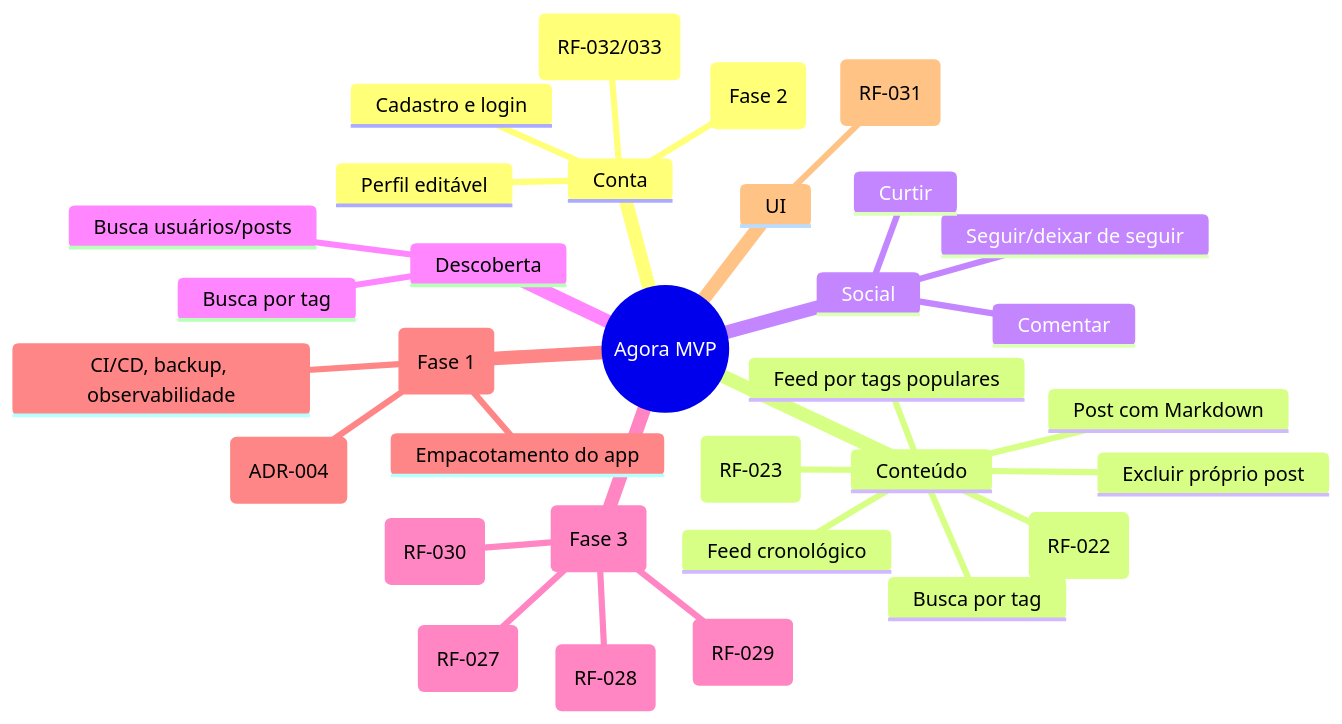
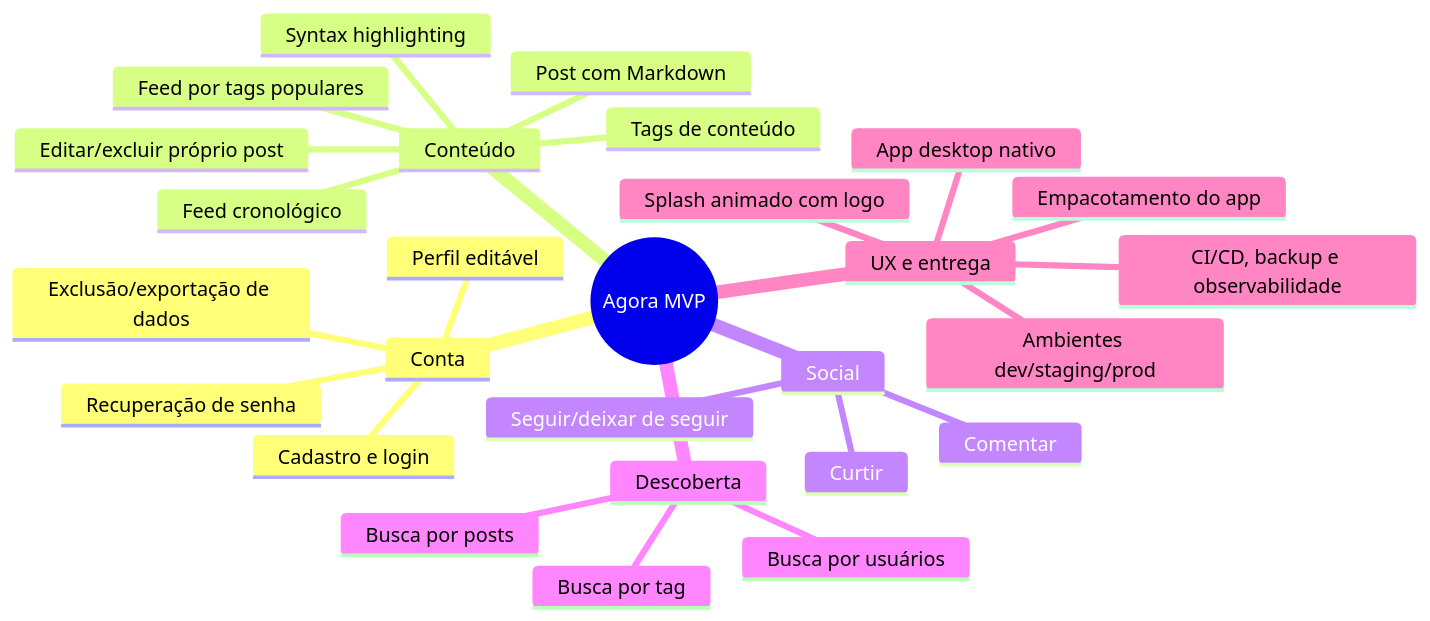
One commit to Agora-s-Space/Social.Agora changed the first of 2 diagrams in Agora.Docs/01 Requisitos/Visão do Produto.md. Above: the diagram before and after it, drawn with Mermaid. The commit also changed other lines of this file and 2 other files, not shown here.

Commit message:
docs: corrigir escopo da visão do produto (mapas MVP e fases 2-3), ajustar SLA e config do Obsidian

````diff
--- a/Agora.Docs/01 Requisitos/Visão do Produto.md
+++ b/Agora.Docs/01 Requisitos/Visão do Produto.md
@@ -39,35 +39,30 @@
 ```mermaid
 mindmap
   root((Agora MVP))
     Conta
       Cadastro e login
-      OAuth GitHub (Fase 2)
       Perfil editável
-      Exclusão/exportação de dados (RF-032/033)
+      Recuperação de senha
+      Exclusão/exportação de dados
     Conteúdo
       Post com Markdown
-      Syntax highlighting (RF-022)
-      Tags de conteúdo (RF-023)
-      Excluir próprio post
+      Syntax highlighting
+      Tags de conteúdo
       Feed cronológico
       Feed por tags populares
-      Busca por tag
+      Editar/excluir próprio post
     Social
       Seguir/deixar de seguir
       Curtir
       Comentar
     Descoberta
-      Busca usuários/posts
+      Busca por usuários
+      Busca por posts
       Busca por tag
-    Geek (Fase 3)
-      Biblioteca de livros (RF-027)
-      Repos GitHub (RF-028)
-      Jogos jogados (RF-029)
-      Mesas e campanhas RPG (RF-030)
-    Infra/Entrega (Fase 1)
-      Ambientes dev/staging/prod (ADR-004)
-      CI/CD, backup, observabilidade
+    UX e entrega
+      Splash animado com logo
+      App desktop nativo
+      Ambientes dev/staging/prod
+      CI/CD, backup e observabilidade
       Empacotamento do app
-    UI
-      Splash animado com logo (RF-031)
 ```
````
